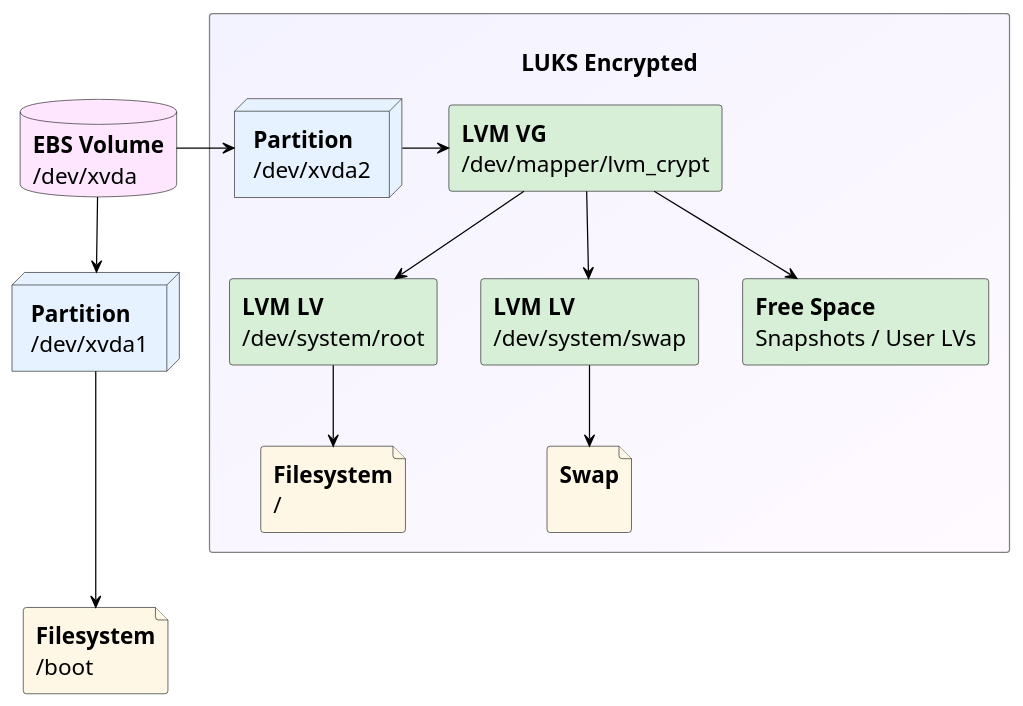
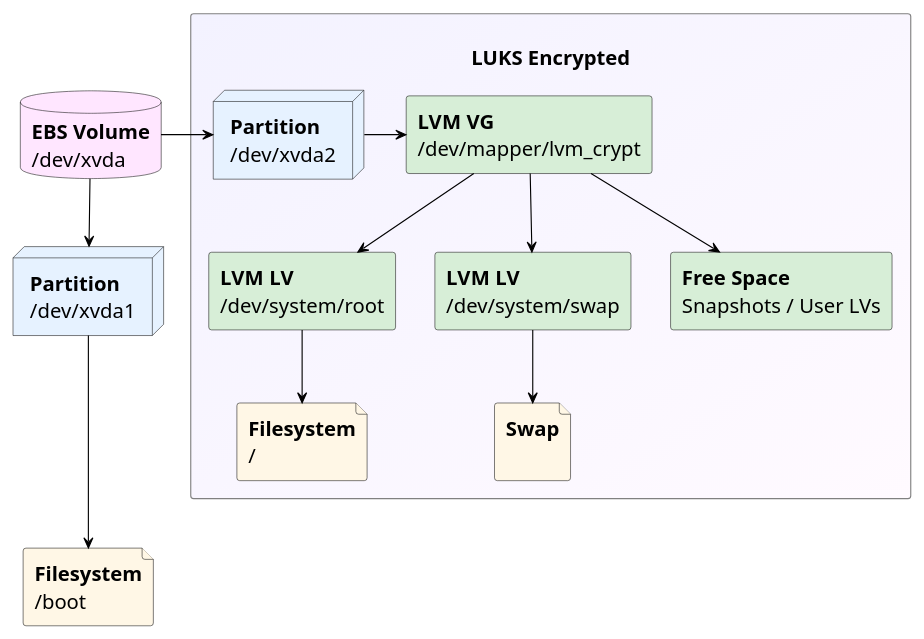
The diagram in uml/devices.puml (dzaninov/aws2luks), drawn with PlantUML before and after one commit. The commit also changed 1 other file, not shown here.

```diff
--- a/uml/devices.puml
+++ b/uml/devices.puml
@@ -1,42 +1,42 @@
 @startuml
-Scale 1
+Scale 0.9
 Hide Stereotype
 SkinParam ArrowColor Black
 SkinParam DefaultFontSize 18
 SkinParam DefaultFontName Arial
 
 Together {
 	Database "**EBS Volume**\n/dev/xvda" as Disk #FFE6FF
 	Node "**Partition**\n/dev/xvda1" as Partition1 #E6F2FF
 	Disk-down->Partition1
 
 	File "**Filesystem**\n/boot" as Boot #FFF7E6
 	Partition1-down-->Boot
 }
 
 SkinParam Rectangle {
 	BorderColor<<LUKS>> Gray
 	BackgroundColor<<LUKS>> #F3F2FF/#FFFAFF
 }
 
 Rectangle "\n**LUKS Encrypted**" as LUKS <<LUKS>> {
 	Node "**Partition**\n/dev/xvda2" as Partition2 #E6F2FF
 	Disk-right->Partition2
 	
 	Rectangle "**LVM VG**\n/dev/mapper/lvm_crypt" as VG #D7EED7
 	Partition2-right->VG
 	
 	Rectangle "**LVM LV**\n/dev/system/root" as LV_Root #D7EED7
 	VG-down->LV_Root
 	File "**Filesystem**\n/" as root #FFF7E6
 	LV_Root-down->root
 	
 	Rectangle "**LVM LV**\n/dev/system/swap" as LV_Swap #D7EED7
 	VG-down->LV_Swap
 	File "**Swap**\n" as swap #FFF7E6
 	LV_Swap-down->swap
 	
 	Rectangle "**Free Space**\nSnapshots / User LVs" as LV_Free #D7EED7
 	VG-down->LV_Free
 }
 @enduml
```
